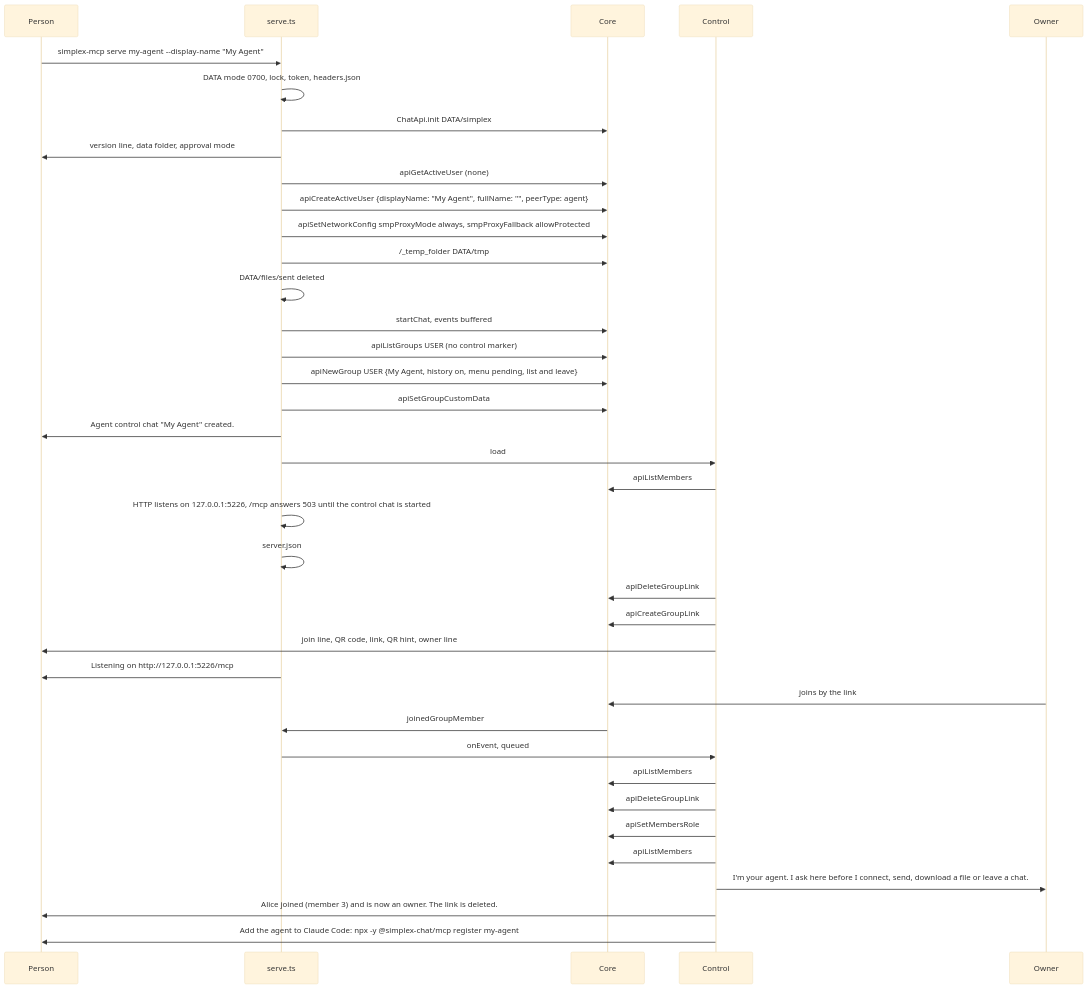
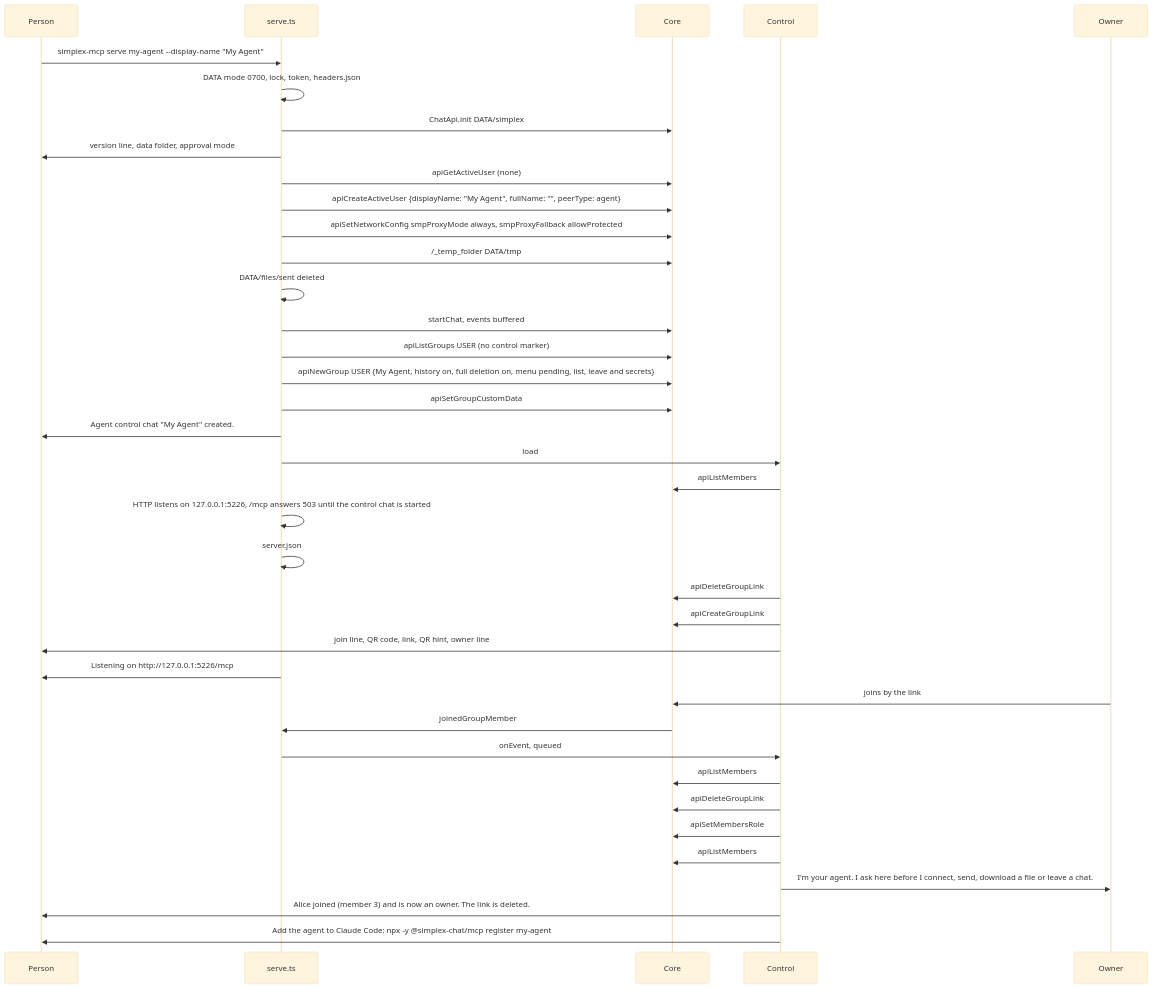
One commit to simplex-chat/simplex-chat changed the first of 17 diagrams in packages/simplex-chat-mcp/spec/flows.md. Above: the diagram before and after it, drawn with Mermaid (base theme). The commit also changed other lines of this file and 8 other files, not shown here.

Commit message:
docs: agent secrets of the MCP server

````diff
--- a/packages/simplex-chat-mcp/spec/flows.md
+++ b/packages/simplex-chat-mcp/spec/flows.md
@@ -48,40 +49,40 @@
 ```mermaid
 sequenceDiagram
   participant P as Person
   participant S as serve.ts
   participant C as Core
   participant K as Control
   participant O as Owner
   P->>S: simplex-mcp serve my-agent --display-name "My Agent"
   S->>S: DATA mode 0700, lock, token, headers.json
   S->>C: ChatApi.init DATA/simplex
   S->>P: version line, data folder, approval mode
   S->>C: apiGetActiveUser (none)
   S->>C: apiCreateActiveUser {displayName: "My Agent", fullName: "", peerType: agent}
   S->>C: apiSetNetworkConfig smpProxyMode always, smpProxyFallback allowProtected
   S->>C: /_temp_folder DATA/tmp
   S->>S: DATA/files/sent deleted
   S->>C: startChat, events buffered
   S->>C: apiListGroups USER (no control marker)
-  S->>C: apiNewGroup USER {My Agent, history on, menu pending, list and leave}
+  S->>C: apiNewGroup USER {My Agent, history on, full deletion on, menu pending, list, leave and secrets}
   S->>C: apiSetGroupCustomData #G {"simplexMcp":{"control":true,"nextAction":1}}
   S->>P: Agent control chat "My Agent" created.
   S->>K: load
   K->>C: apiListMembers #G
   S->>S: HTTP listens on 127.0.0.1:5226, /mcp answers 503 until the control chat is started
   S->>S: server.json
   K->>C: apiDeleteGroupLink #G (groupLinkNotFound ignored)
   K->>C: apiCreateGroupLink #G member
   K->>P: join line, QR code, link, QR hint, owner line
   S->>P: Listening on http://127.0.0.1:5226/mcp
   O->>C: joins by the link
   C->>S: joinedGroupMember
   S->>K: onEvent, queued
   K->>C: apiListMembers #G
   K->>C: apiDeleteGroupLink #G
   K->>C: apiSetMembersRole #G [3] owner
   K->>C: apiListMembers #G
   K->>O: I'm your agent. I ask here before I connect, send, download a file or leave a chat.
   K->>P: Alice joined (member 3) and is now an owner. The link is deleted.
   K->>P: Add the agent to Claude Code: npx -y @simplex-chat/mcp register my-agent
 ```
````
